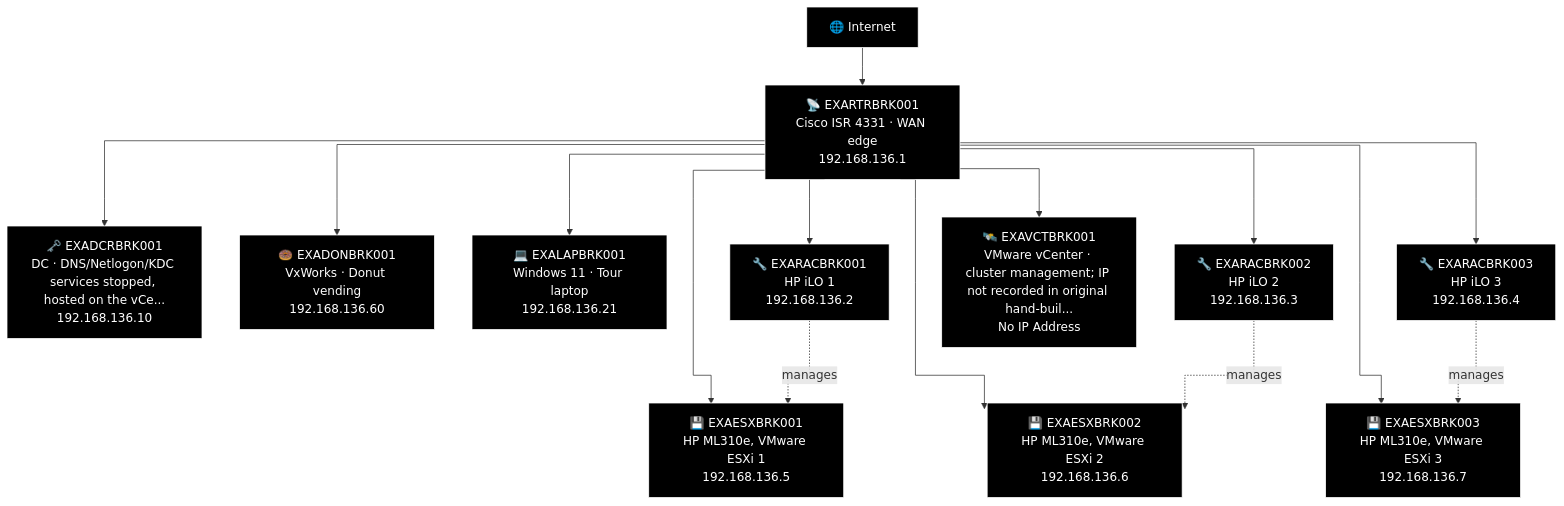
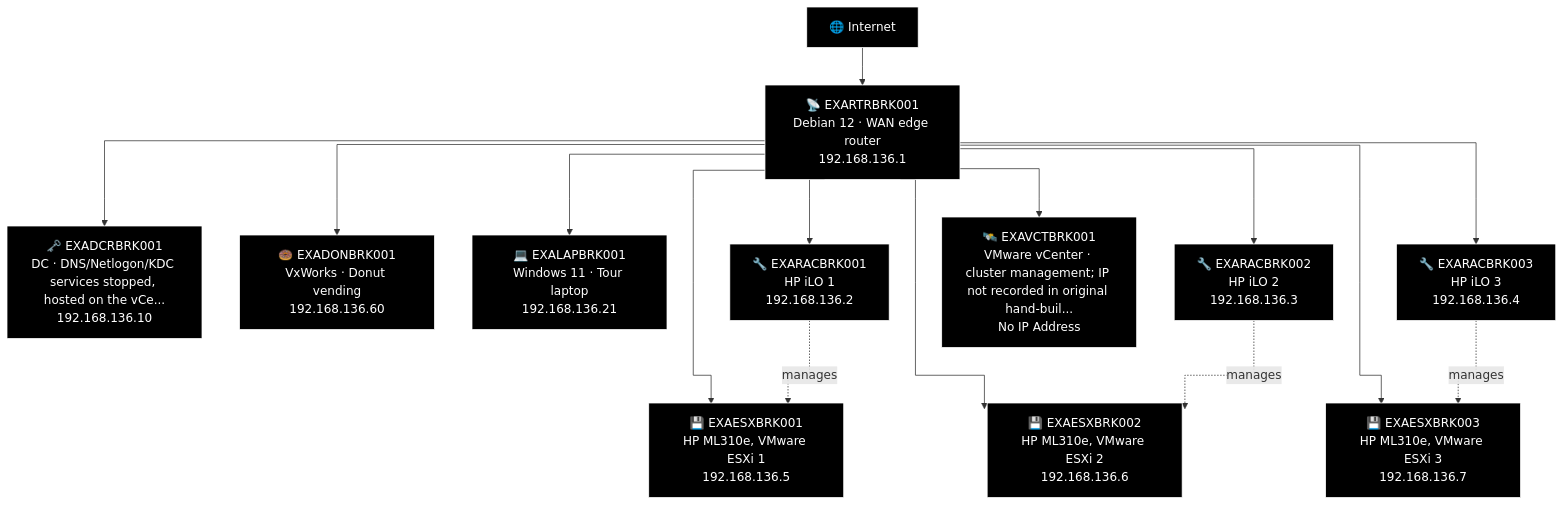
The first of 9 diagrams in docs/network-diagram/canada.md (knightmare2600/example_music_infra), drawn with Mermaid before and after one commit. The commit also changed 9 other files, not shown here.

````diff
--- a/docs/network-diagram/canada.md
+++ b/docs/network-diagram/canada.md
@@ -36,45 +36,45 @@
 ```mermaid
 %% GENERATED:OLDNETWORK:BRK:START
 %%{init: {'flowchart': {'curve': 'stepAfter'}}}%%
 graph TD
     O_INET["🌐 Internet"]
-    O_RTR["📡 EXARTRBRK001<br/>Cisco ISR 4331 · WAN edge<br/>192.168.136.1"]
+    O_RTR["📡 EXARTRBRK001<br/>Debian 12 · WAN edge router<br/>192.168.136.1"]
     O_DCR["🗝️ EXADCRBRK001<br/>DC · DNS/Netlogon/KDC services stopped, hosted on the vCe...<br/>192.168.136.10"]
     O_DON["🍩 EXADONBRK001<br/>VxWorks · Donut vending<br/>192.168.136.60"]
     O_ESX1["💾 EXAESXBRK001<br/>HP ML310e, VMware ESXi 1<br/>192.168.136.5"]
     O_ESX2["💾 EXAESXBRK002<br/>HP ML310e, VMware ESXi 2<br/>192.168.136.6"]
     O_ESX3["💾 EXAESXBRK003<br/>HP ML310e, VMware ESXi 3<br/>192.168.136.7"]
     O_LAP["💻 EXALAPBRK001<br/>Windows 11 · Tour laptop<br/>192.168.136.21"]
     O_RAC1["🔧 EXARACBRK001<br/>HP iLO 1<br/>192.168.136.2"]
     O_RAC2["🔧 EXARACBRK002<br/>HP iLO 2<br/>192.168.136.3"]
     O_RAC3["🔧 EXARACBRK003<br/>HP iLO 3<br/>192.168.136.4"]
     O_VCT["🛰️ EXAVCTBRK001<br/>VMware vCenter · cluster management; IP not recorded in original hand-buil...<br/>No IP Address"]
     O_INET --> O_RTR
     O_RTR --> O_DCR
     O_RTR --> O_DON
     O_RTR --> O_ESX1
     O_RTR --> O_ESX2
     O_RTR --> O_ESX3
     O_RTR --> O_LAP
     O_RTR --> O_RAC1
     O_RAC1 -.->|"manages"| O_ESX1
     O_RTR --> O_RAC2
     O_RAC2 -.->|"manages"| O_ESX2
     O_RTR --> O_RAC3
     O_RAC3 -.->|"manages"| O_ESX3
     O_RTR --> O_VCT
 
     style O_INET fill:#000000,stroke:#FFFFFF,color:#FFFFFF
     style O_RTR fill:#000000,stroke:#FFFFFF,color:#FFFFFF
     style O_DCR fill:#000000,stroke:#FFFFFF,color:#FFFFFF
     style O_DON fill:#000000,stroke:#FFFFFF,color:#FFFFFF
     style O_ESX1 fill:#000000,stroke:#FFFFFF,color:#FFFFFF
     style O_ESX2 fill:#000000,stroke:#FFFFFF,color:#FFFFFF
     style O_ESX3 fill:#000000,stroke:#FFFFFF,color:#FFFFFF
     style O_LAP fill:#000000,stroke:#FFFFFF,color:#FFFFFF
     style O_RAC1 fill:#000000,stroke:#FFFFFF,color:#FFFFFF
     style O_RAC2 fill:#000000,stroke:#FFFFFF,color:#FFFFFF
     style O_RAC3 fill:#000000,stroke:#FFFFFF,color:#FFFFFF
     style O_VCT fill:#000000,stroke:#FFFFFF,color:#FFFFFF
 %% GENERATED:OLDNETWORK:BRK:END
 ```
````
